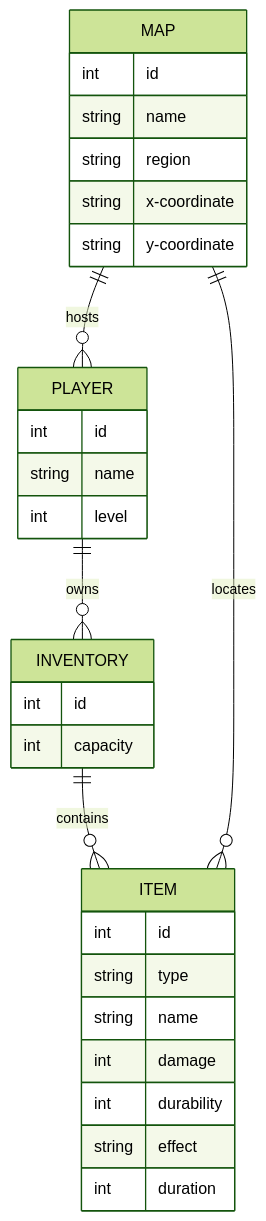
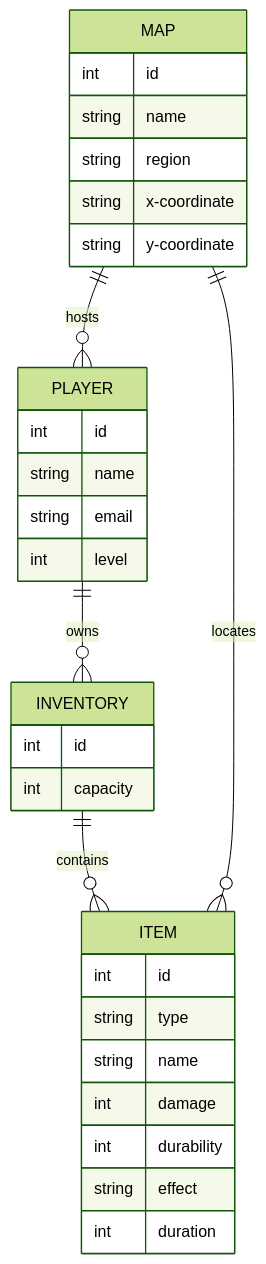
The diagram in project-root/docs/schema.md (Rosario-sanchez-marin/RPG-Inventory-System), drawn with Mermaid (forest theme) before and after one commit.

````diff
--- a/project-root/docs/schema.md
+++ b/project-root/docs/schema.md
@@ -3,40 +3,41 @@
 ```mermaid
 ---
 title:RPG Inventory System 
 ---
 erDiagram
     PLAYER ||--o{ INVENTORY : owns
     INVENTORY ||--o{ ITEM : contains
     MAP ||--o{ ITEM : locates
     MAP ||--o{ PLAYER : hosts
 
     PLAYER {
         int id
         string name
+        string email
         int level
     }
 
     INVENTORY {
         int id
         int capacity
     }
 
     ITEM {
         int id
         string type
         string name
         int damage
         int durability
         string effect
         int duration
     }
 
     MAP {
         int id
         string name
         string region
         string x-coordinate
         string y-coordinate
     }
     
 ```
````
